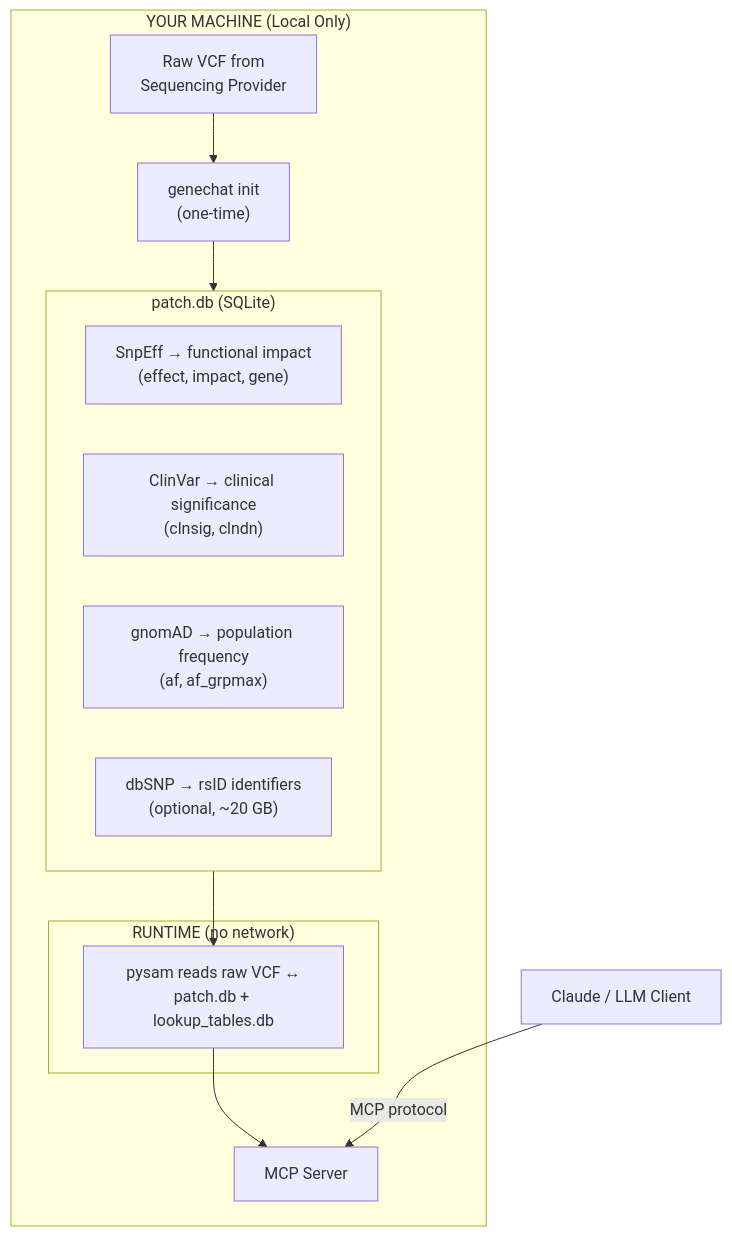
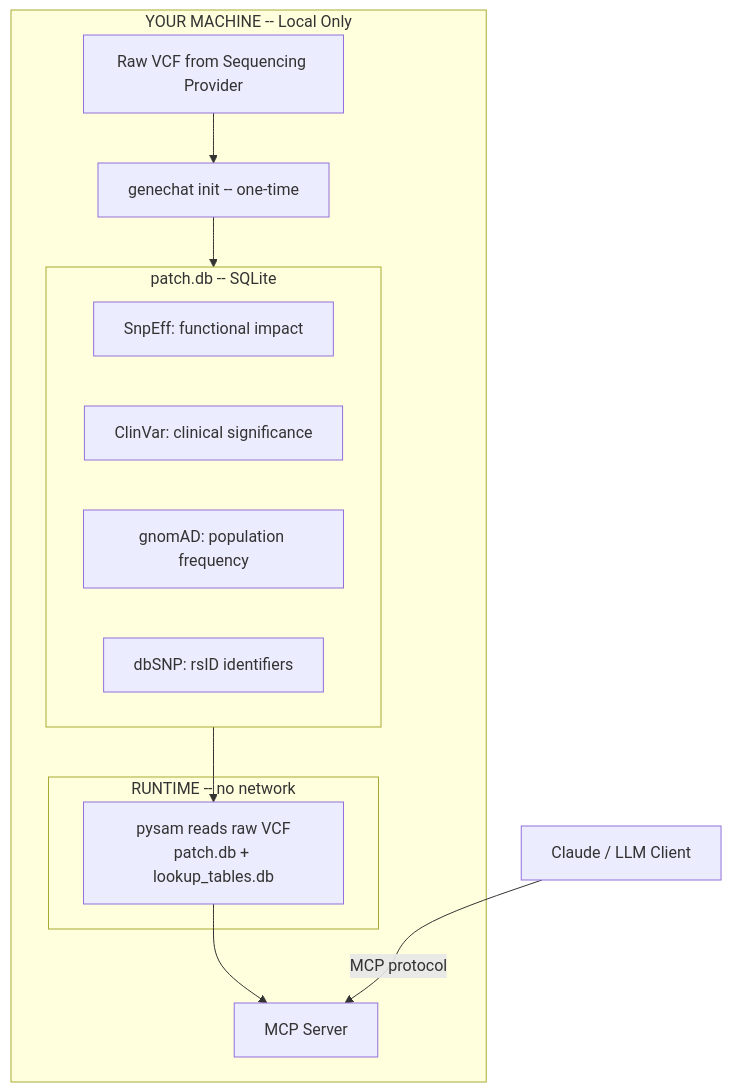
One commit to natecostello/genechat-mcp changed the diagram in README.md. Above: the diagram before and after it, drawn with Mermaid.

Commit message:
fix: simplify Mermaid diagram to avoid rendering issues
Remove Unicode arrows and special characters from node labels
that may cause Mermaid.js rendering problems on GitHub.

````diff
--- a/README.md
+++ b/README.md
@@ -131,22 +131,22 @@
 ```mermaid
 flowchart TD
-    subgraph local["YOUR MACHINE (Local Only)"]
-        vcf["Raw VCF from\nSequencing Provider"]
-        init["genechat init\n(one-time)"]
-        subgraph patch["patch.db (SQLite)"]
-            snpeff["SnpEff → functional impact\n(effect, impact, gene)"]
-            clinvar["ClinVar → clinical significance\n(clnsig, clndn)"]
-            gnomad["gnomAD → population frequency\n(af, af_grpmax)"]
-            dbsnp["dbSNP → rsID identifiers\n(optional, ~20 GB)"]
+    subgraph local["YOUR MACHINE -- Local Only"]
+        vcf["Raw VCF from Sequencing Provider"]
+        init["genechat init -- one-time"]
+        subgraph patch["patch.db -- SQLite"]
+            snpeff["SnpEff: functional impact"]
+            clinvar["ClinVar: clinical significance"]
+            gnomad["gnomAD: population frequency"]
+            dbsnp["dbSNP: rsID identifiers"]
         end
-        subgraph runtime["RUNTIME (no network)"]
-            engine["pysam reads raw VCF ↔\npatch.db + lookup_tables.db"]
+        subgraph runtime["RUNTIME -- no network"]
+            engine["pysam reads raw VCF\npatch.db + lookup_tables.db"]
         end
         server["MCP Server"]
     end
     claude["Claude / LLM Client"]
 
     vcf --> init --> patch
     patch --> engine --> server
     claude -- "MCP protocol" --> server
 ```
````
